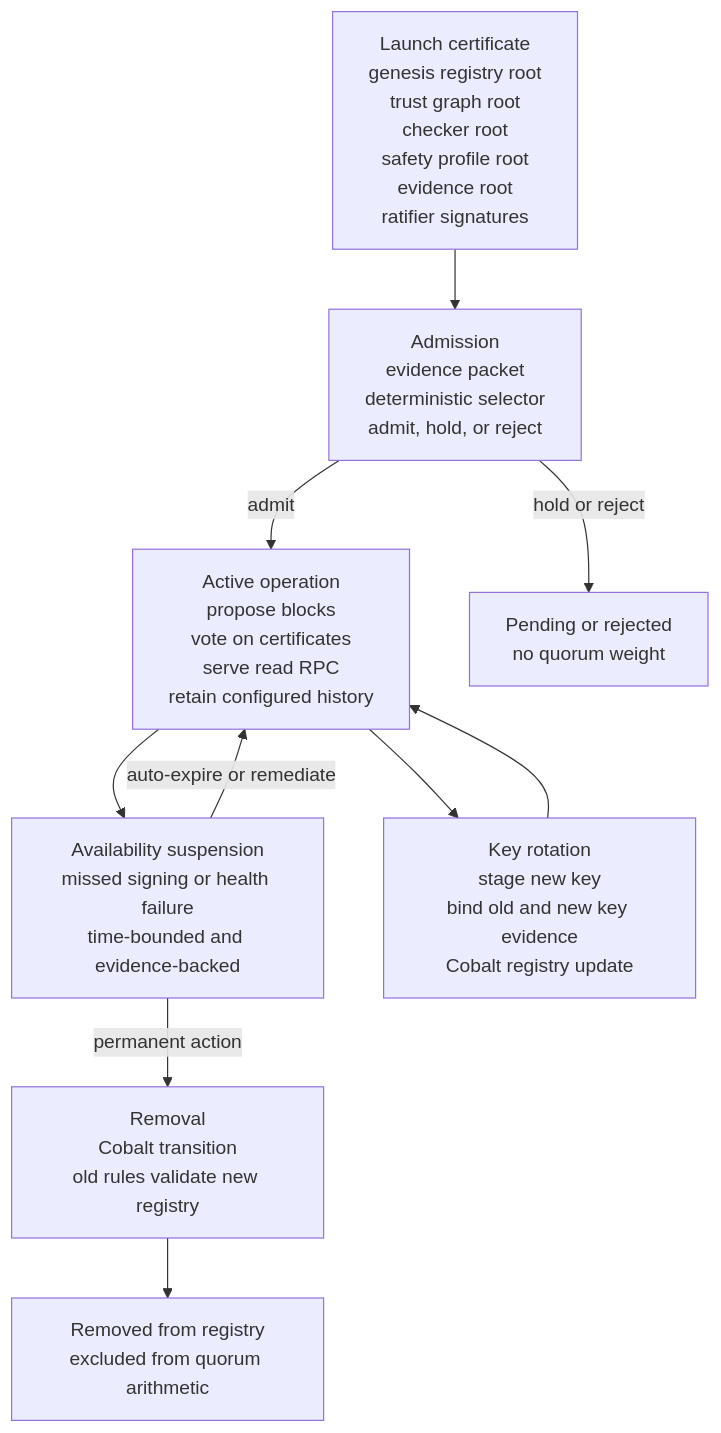
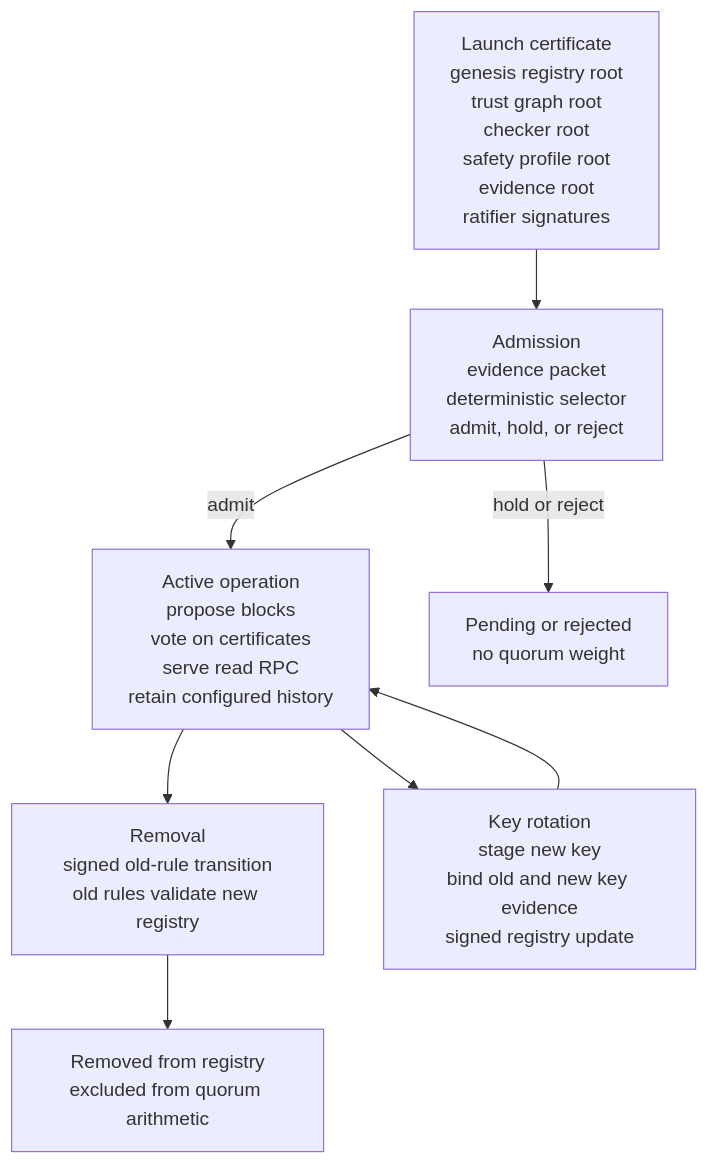
One commit to postfiatorg/postfiatl1v2 changed the diagram in docs/governance/validator-registry.md. Above: the diagram before and after it, drawn with Mermaid. The commit also changed other lines of this file and 22 other files, not shown here.

````diff
--- a/docs/governance/validator-registry.md
+++ b/docs/governance/validator-registry.md
@@ -25,13 +32,11 @@
 ```mermaid
 flowchart TD
   Launch[Launch certificate<br/>genesis registry root<br/>trust graph root<br/>checker root<br/>safety profile root<br/>evidence root<br/>ratifier signatures]
   Launch --> Admission[Admission<br/>evidence packet<br/>deterministic selector<br/>admit, hold, or reject]
   Admission -->|admit| Active[Active operation<br/>propose blocks<br/>vote on certificates<br/>serve read RPC<br/>retain configured history]
   Admission -->|hold or reject| Pending[Pending or rejected<br/>no quorum weight]
-  Active --> Suspension[Availability suspension<br/>missed signing or health failure<br/>time-bounded and evidence-backed]
-  Suspension -->|auto-expire or remediate| Active
-  Suspension -->|permanent action| Removal[Removal<br/>Cobalt transition<br/>old rules validate new registry]
-  Active --> KeyRotation[Key rotation<br/>stage new key<br/>bind old and new key evidence<br/>Cobalt registry update]
+  Active --> Removal[Removal<br/>signed old-rule transition<br/>old rules validate new registry]
+  Active --> KeyRotation[Key rotation<br/>stage new key<br/>bind old and new key evidence<br/>signed registry update]
   KeyRotation --> Active
   Removal --> Removed[Removed from registry<br/>excluded from quorum arithmetic]
 ```
````
